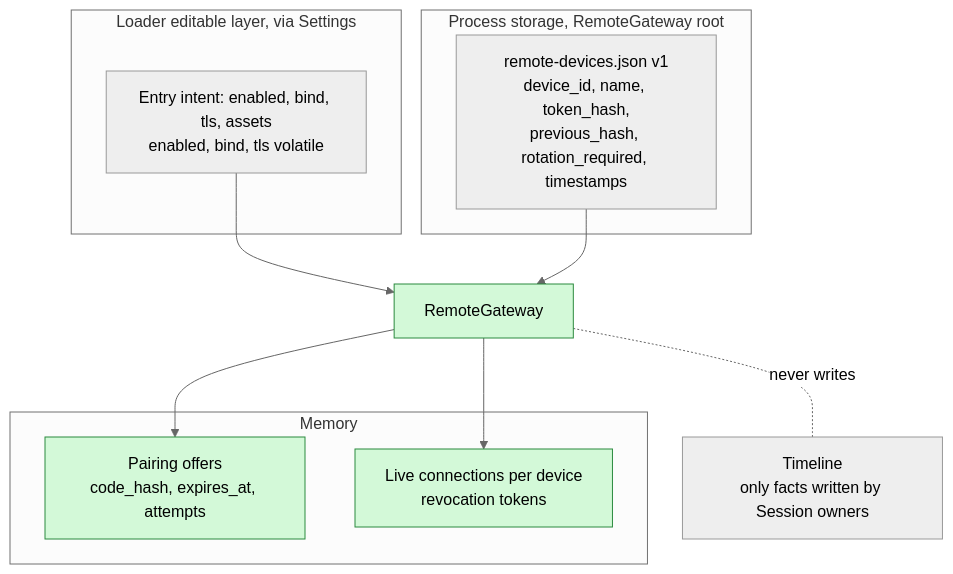
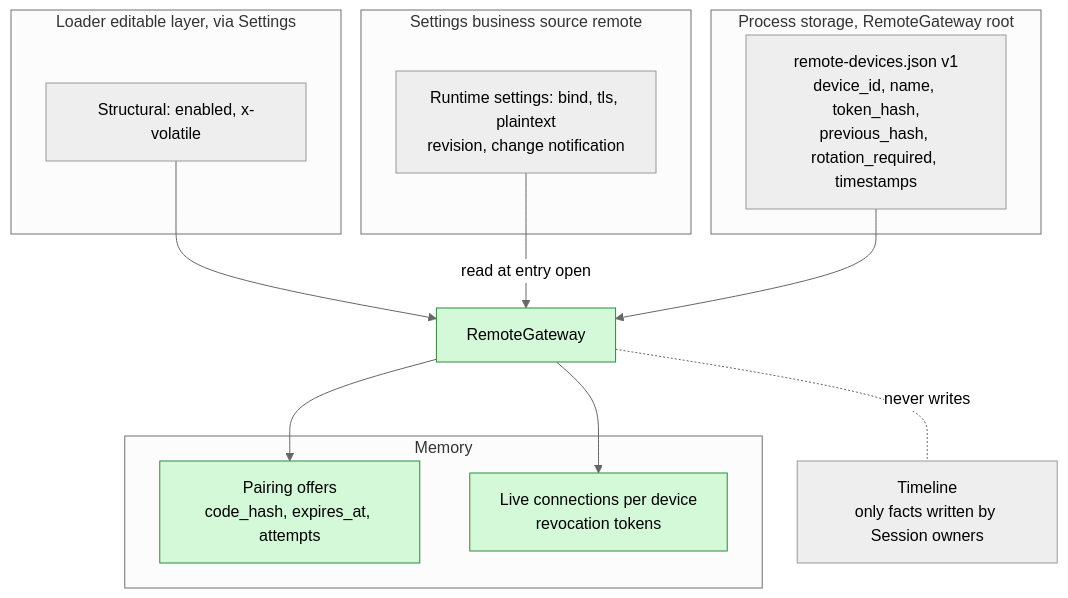
The second of 6 diagrams in docs/design/plugins/RemoteGateway.md (CoutinhoTTS/dim-agent), drawn with Mermaid (neutral theme) before and after one commit. The commit also changed other lines of this file and 3 other files, not shown here.

````diff
--- a/docs/design/plugins/RemoteGateway.md
+++ b/docs/design/plugins/RemoteGateway.md
@@ -47,20 +47,24 @@
 ```mermaid
 flowchart TB
   subgraph LEL["Loader editable layer, via Settings"]
-    CFG["Entry intent: enabled, bind, tls, assets<br/>enabled, bind, tls volatile"]
+    CFG["Structural: enabled, x-volatile"]
+  end
+  subgraph BS["Settings business source remote"]
+    RS["Runtime settings: bind, tls, plaintext<br/>revision, change notification"]
   end
   subgraph PS["Process storage, RemoteGateway root"]
     DEVS["remote-devices.json v1<br/>device_id, name, token_hash,<br/>previous_hash, rotation_required, timestamps"]
   end
   subgraph MEM["Memory"]
     OFF["Pairing offers<br/>code_hash, expires_at, attempts"]:::new
     LIVE["Live connections per device<br/>revocation tokens"]:::new
   end
   TL["Timeline<br/>only facts written by Session owners"]
   CFG --> RG["RemoteGateway"]:::new
+  RS -->|"read at entry open"| RG
   DEVS --> RG
   RG --> OFF
   RG --> LIVE
   RG -.-|"never writes"| TL
   classDef new fill:#d3f9d8,stroke:#2b8a3e,color:#000
 ```
````
